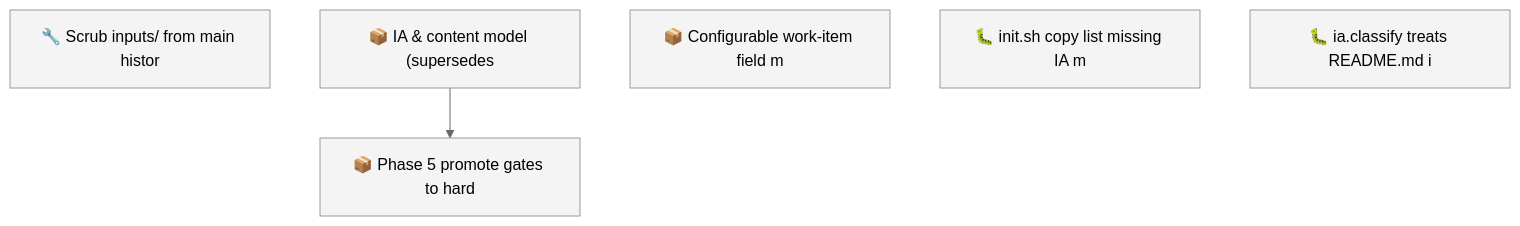
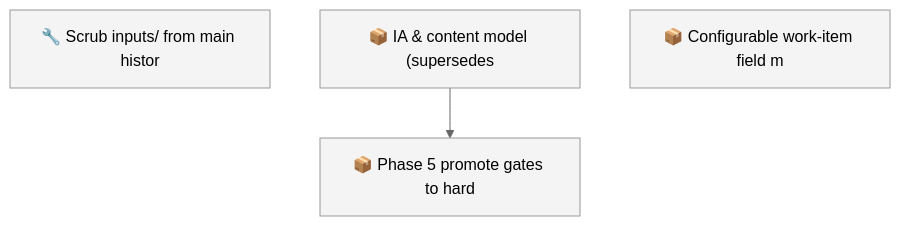
One commit to SpillwaveSolutions/wiki_ticket_sdd changed the first of 2 diagrams in docs/roadmap.md. Above: the diagram before and after it, drawn with Mermaid (neutral theme). The commit also changed other lines of this file and 10 other files, not shown here.

First line of the commit message:
fix(init): install IA modules on scaffold; classify skips folder READMEs (items 01KY5ZY3ZX, 01KY6037BN)

````diff
--- a/docs/roadmap.md
+++ b/docs/roadmap.md
@@ -55,12 +53,10 @@
 ```mermaid
 graph TD
     01KY2KHHF43KAZ54F57BQW71TD["🔧 Scrub inputs/ from main histor"]
     01KY5G9ZW0H2YMNWDFJYGRPYE5["📦 IA & content model (supersedes"]
     01KY5G9ZW0RABXWHEMEP1FAV2G["📦 Phase 5 promote gates to hard"]
     01KY5NE0ZYGBWG44N0KPEBFCZ8["📦 Configurable work-item field m"]
-    01KY5ZY3ZX2Z4F73Y0BT0M0NR5["🐛 init.sh copy list missing IA m"]
-    01KY6037BN94086PR1QP0CM7XC["🐛 ia.classify treats README.md i"]
     01KY5G9ZW0H2YMNWDFJYGRPYE5 --> 01KY5G9ZW0RABXWHEMEP1FAV2G
     classDef todo fill:#f4f4f4,stroke:#999999
-    class 01KY2KHHF43KAZ54F57BQW71TD,01KY5G9ZW0H2YMNWDFJYGRPYE5,01KY5G9ZW0RABXWHEMEP1FAV2G,01KY5NE0ZYGBWG44N0KPEBFCZ8,01KY5ZY3ZX2Z4F73Y0BT0M0NR5,01KY6037BN94086PR1QP0CM7XC todo
+    class 01KY2KHHF43KAZ54F57BQW71TD,01KY5G9ZW0H2YMNWDFJYGRPYE5,01KY5G9ZW0RABXWHEMEP1FAV2G,01KY5NE0ZYGBWG44N0KPEBFCZ8 todo
 ```
````
